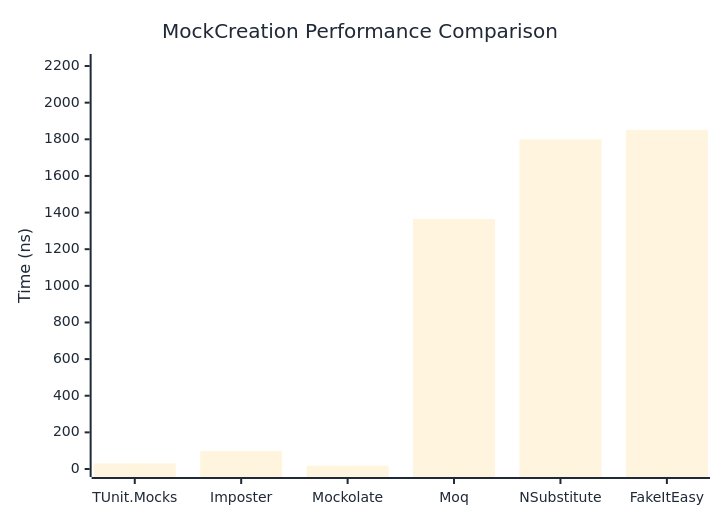
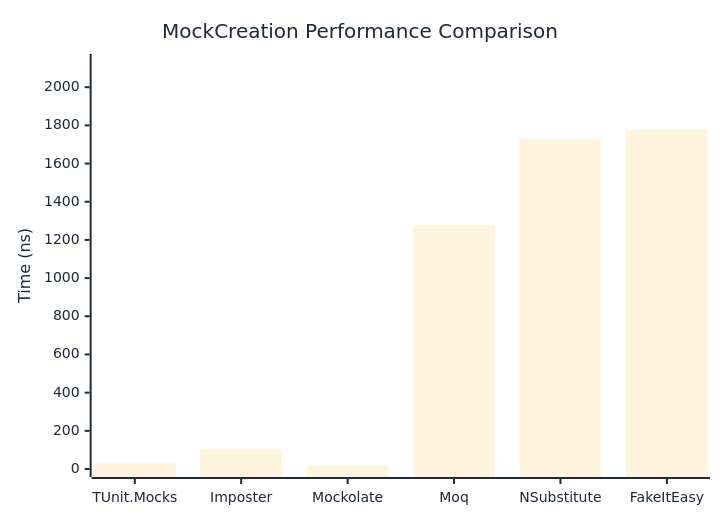
The first of 2 diagrams in docs/docs/benchmarks/mocks/MockCreation.md (thomhurst/TUnit), drawn with Mermaid before and after one commit. The commit also changed other lines of this file and 14 other files, not shown here.

````diff
--- a/docs/docs/benchmarks/mocks/MockCreation.md
+++ b/docs/docs/benchmarks/mocks/MockCreation.md
@@ -30,27 +30,27 @@
 ```mermaid
 %%{init: {
   'theme':'base',
   'themeVariables': {
     'primaryColor': '#2563eb',
     'primaryTextColor': '#1f2937',
     'primaryBorderColor': '#1e40af',
     'lineColor': '#6b7280',
     'secondaryColor': '#7c3aed',
     'tertiaryColor': '#dc2626',
     'background': '#ffffff',
     'pie1': '#2563eb',
     'pie2': '#7c3aed',
     'pie3': '#dc2626',
     'pie4': '#f59e0b',
     'pie5': '#10b981',
     'pie6': '#06b6d4',
     'pie7': '#ec4899',
     'pie8': '#6366f1'
   }
 }}%%
 xychart-beta
   title "MockCreation Performance Comparison"
   x-axis ["TUnit.Mocks", "Imposter", "Mockolate", "Moq", "NSubstitute", "FakeItEasy"]
-  y-axis "Time (ns)" 0 --> 2222
-  bar [30.21, 97.69, 18.09, 1365.28, 1799.43, 1851.43]
+  y-axis "Time (ns)" 0 --> 2132
+  bar [29.7, 102.82, 18.3, 1277.23, 1731.47, 1776.4]
 ```
````
